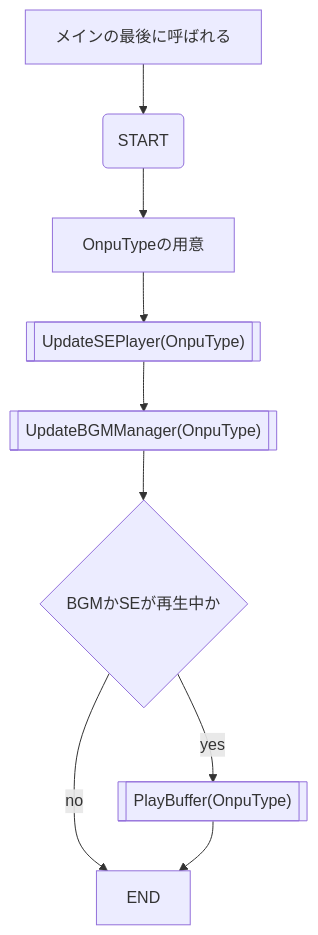
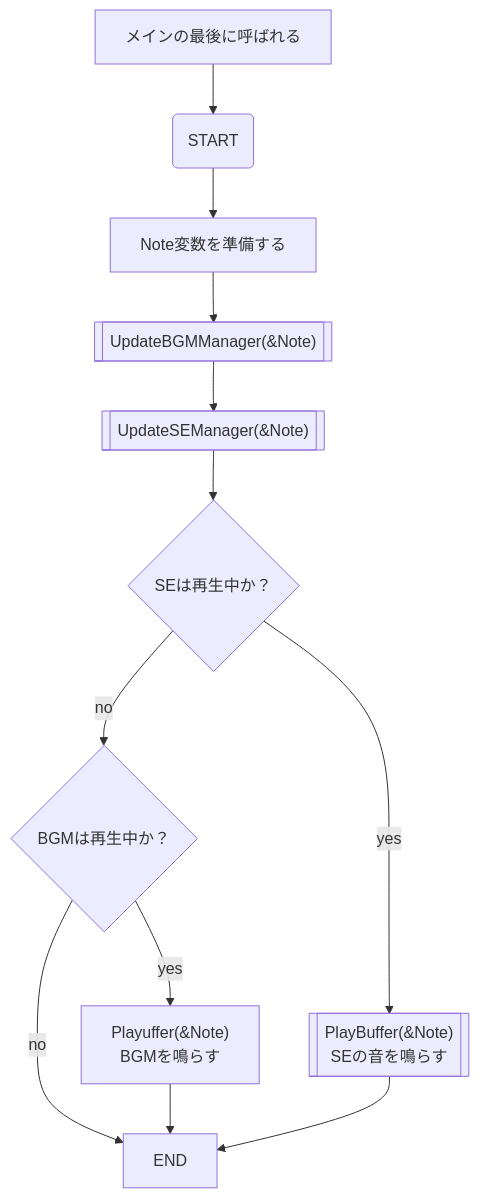
Before and after one commit to hakohumi/comp.train.whack-a-mole: the fourth of 8 diagrams in 資料/仕様書/仕様_オーディオ.md, drawn with Mermaid. The commit also changed other lines of this file and 1 other file, not shown here.

Commit message:
設計/フローチャート/Buzzer周り Fixes #35

````diff
--- a/資料/仕様書/仕様_オーディオ.md
+++ b/資料/仕様書/仕様_オーディオ.md
@@ -283,30 +288,38 @@
 ```mermaid
 
 graph TD
 
 AudioPlayer["メインの最後に呼ばれる"]
 
-l_Onpu[OnpuTypeの用意]
+Note[Note変数を準備する]
 
-UpdateSEPlayer[["UpdateSEPlayer(OnpuType)"]]
-UpdateBGMManager[["UpdateBGMManager(OnpuType)"]]
+UpdateBGMManager[["UpdateBGMManager(&Note)"]]
+UpdateSEManager[["UpdateSEManager(&Note)"]]
 
-PlayBuffer[["PlayBuffer(OnpuType)"]]
+PlayBuffer[["PlayBuffer(&Note)<br>SEの音を鳴らす"]]
 
-if_IsPlay{BGMかSEが再生中か}
+if_IsPlaySE{"SEは再生中か？"}
+
+if_IsPlayBGM{"BGMは再生中か？"}
 
 
 AudioPlayer --> START(START)
-START --> l_Onpu
-l_Onpu --> UpdateSEPlayer
+START --> Note
+Note --> UpdateBGMManager
 
-UpdateSEPlayer --> UpdateBGMManager
+UpdateBGMManager --> UpdateSEManager
 
-UpdateBGMManager --> if_IsPlay
+UpdateSEManager --> if_IsPlaySE
 
-if_IsPlay -->|yes| PlayBuffer
-if_IsPlay -->|no| EndFlow
+if_IsPlaySE -->|yes| PlayBuffer
+if_IsPlaySE -->|no| if_IsPlayBGM
+
+if_IsPlayBGM -->|yes| PlayBGMBuffer["Playuffer(&Note)<br>BGMを鳴らす"]
+if_IsPlayBGM -->|no| EndFlow
+
+PlayBGMBuffer --> EndFlow
+EndFlow
 
 PlayBuffer --> EndFlow[END]
 
 ```
````
